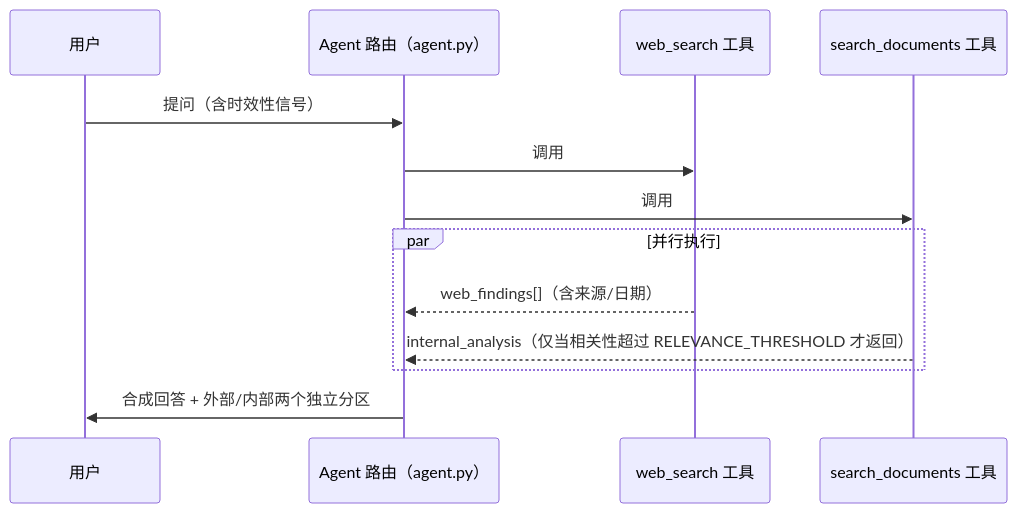
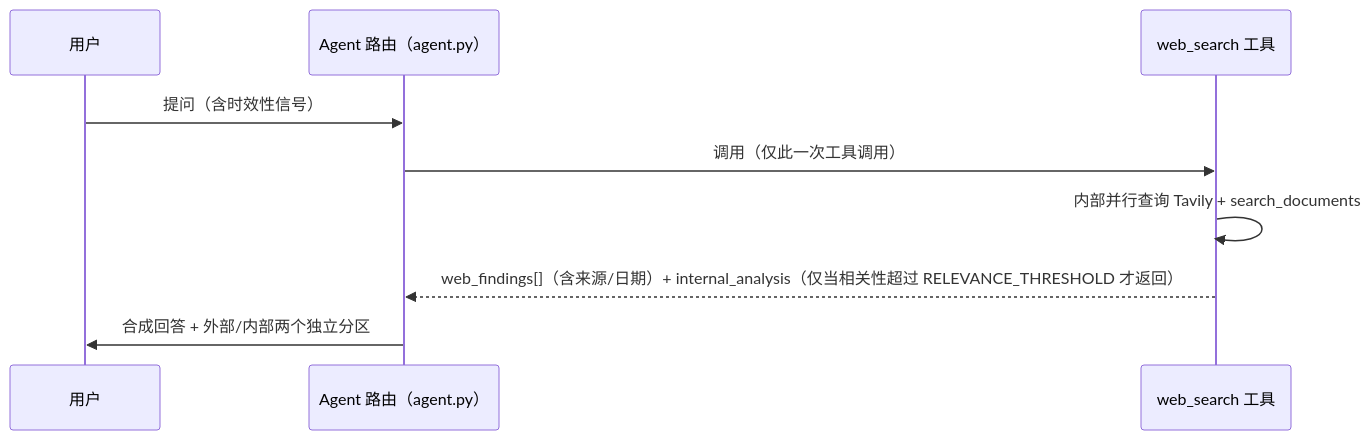
The second of 4 diagrams in docs/TechSpec_v1.1.md (hondezxapahat-del/sinolytics-rag-demo), drawn with Mermaid before and after one commit. The commit also changed other lines of this file and 17 other files, not shown here.

````diff
--- a/docs/TechSpec_v1.1.md
+++ b/docs/TechSpec_v1.1.md
@@ -122,15 +123,11 @@
 ```mermaid
 sequenceDiagram
     participant U as 用户
     participant A as Agent 路由（agent.py）
     participant W as web_search 工具
-    participant S as search_documents 工具
     U->>A: 提问（含时效性信号）
-    A->>W: 调用
-    A->>S: 调用
-    par 并行执行
-        W-->>A: web_findings[]（含来源/日期）
-        S-->>A: internal_analysis（仅当相关性超过 RELEVANCE_THRESHOLD 才返回）
-    end
+    A->>W: 调用（仅此一次工具调用）
+    W->>W: 内部并行查询 Tavily + search_documents
+    W-->>A: web_findings[]（含来源/日期）+ internal_analysis（仅当相关性超过 RELEVANCE_THRESHOLD 才返回）
     A->>U: 合成回答 + 外部/内部两个独立分区
 ```
````
